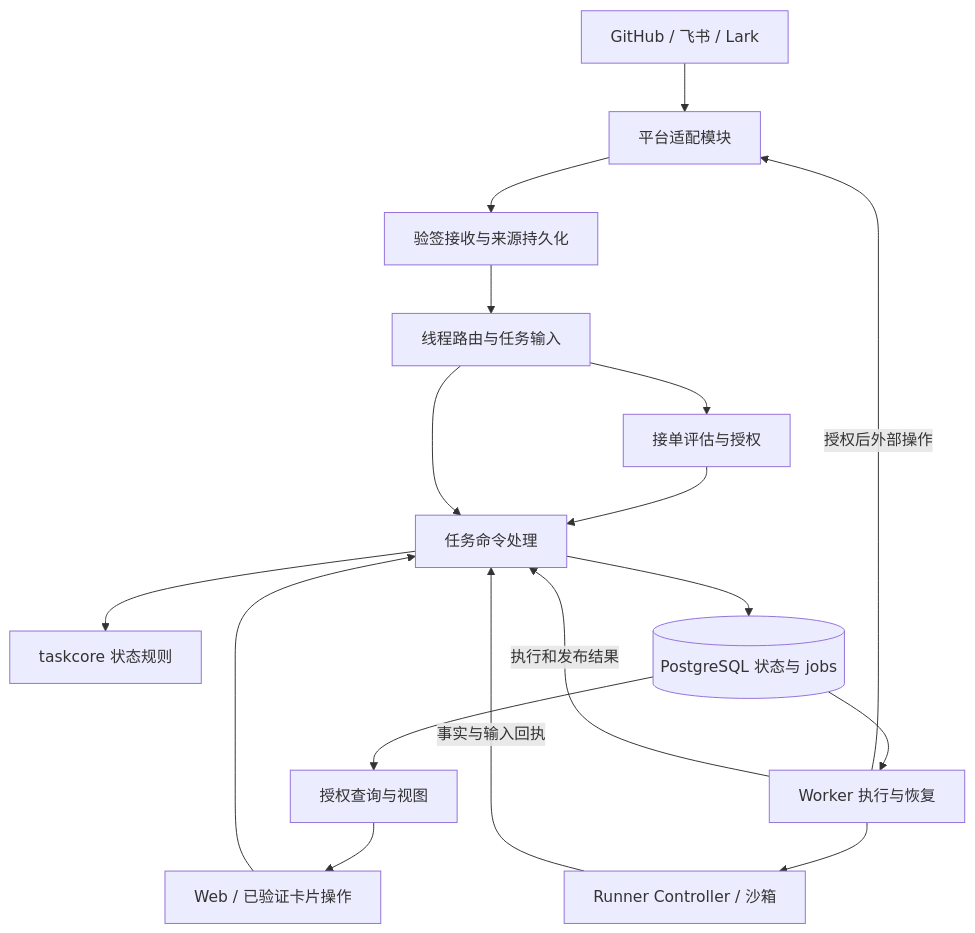
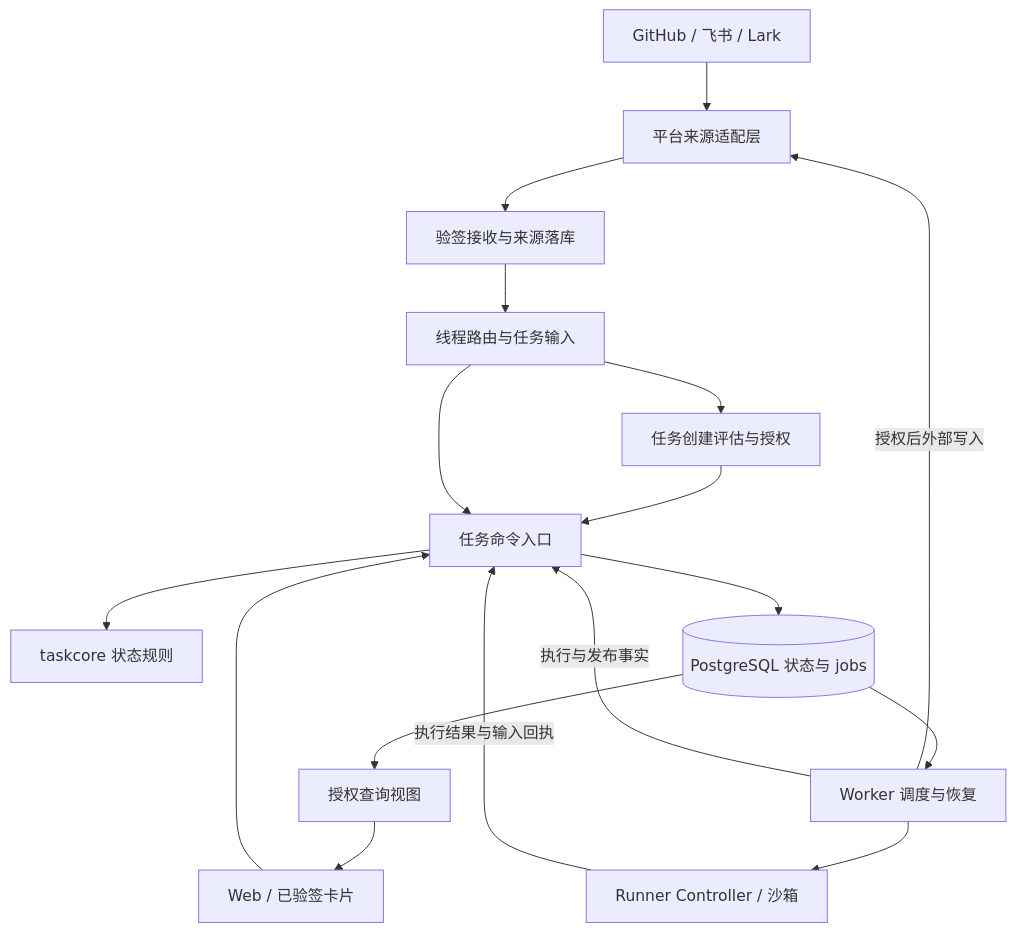
One commit to kiraYuukiAsuna/AgentOwl changed the diagram in docs/task-runtime-design.md. Above: the diagram before and after it, drawn with Mermaid. The commit also changed other lines of this file and 34 other files, not shown here.

````diff
--- a/docs/task-runtime-design.md
+++ b/docs/task-runtime-design.md
@@ -47,19 +40,19 @@
 ```mermaid
 flowchart TB
-    Sources[GitHub / 飞书 / Lark] --> Adapters[平台适配模块]
-    Adapters --> Intake[验签接收与来源持久化]
+    Sources[GitHub / 飞书 / Lark] --> Adapters[平台来源适配层]
+    Adapters --> Intake[验签接收与来源落库]
     Intake --> Routing[线程路由与任务输入]
-    Routing --> Admission[接单评估与授权]
-    UI[Web / 已验证卡片操作] --> Commands[任务命令处理]
+    Routing --> Admission[任务创建评估与授权]
+    UI[Web / 已验签卡片] --> Commands[任务命令入口]
     Admission --> Commands
     Routing --> Commands
     Commands --> Core[taskcore 状态规则]
     Commands --> PG[(PostgreSQL 状态与 jobs)]
-    PG --> Worker[Worker 执行与恢复]
+    PG --> Worker[Worker 调度与恢复]
     Worker --> Runner[Runner Controller / 沙箱]
-    Runner -->|事实与输入回执| Commands
-    Worker -->|授权后外部操作| Adapters
-    Worker -->|执行和发布结果| Commands
-    PG --> Queries[授权查询与视图]
+    Runner -->|执行结果与输入回执| Commands
+    Worker -->|授权后外部写入| Adapters
+    Worker -->|执行与发布事实| Commands
+    PG --> Queries[授权查询视图]
     Queries --> UI
 ```
````
